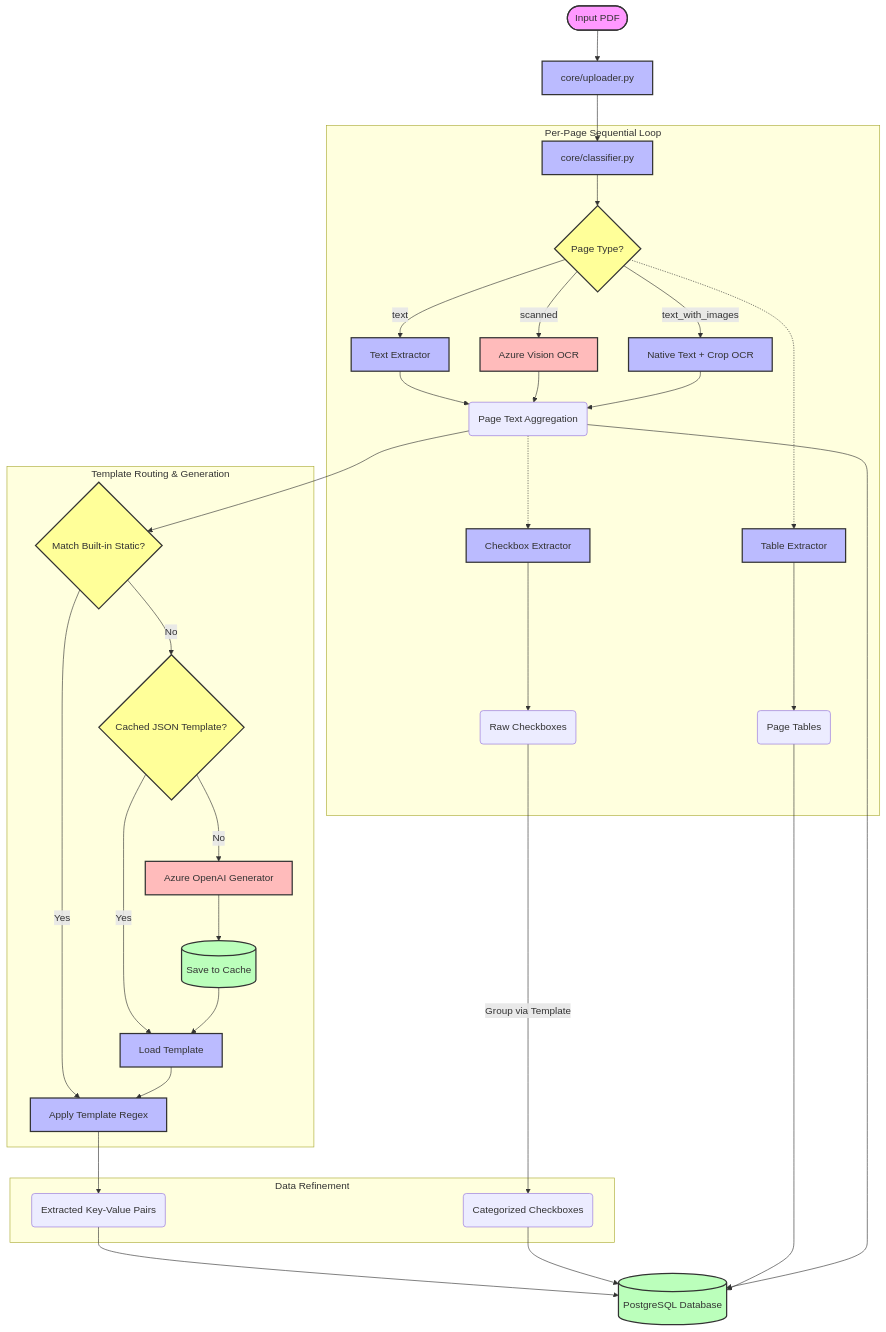
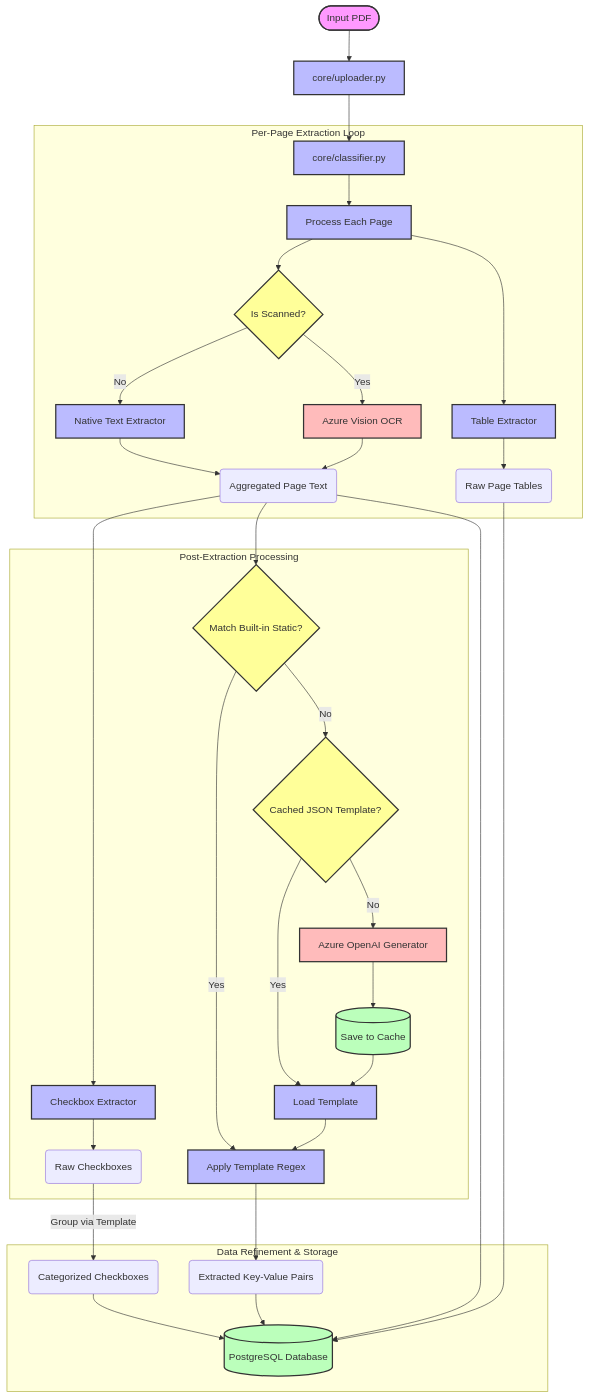
Before and after one commit to neogi5043/Unstra_Ingestor: the first of 2 diagrams in technical_documentation.md, drawn with Mermaid. The commit also changed other lines of this file and 1 other file, not shown here.

Commit message:
technical_doc_v3

````diff
--- a/technical_documentation.md
+++ b/technical_documentation.md
@@ -14,54 +14,53 @@
 ```mermaid
 flowchart TD
     %% Define Styles
     classDef io fill:#f9f,stroke:#333,stroke-width:2px;
     classDef process fill:#bbf,stroke:#333,stroke-width:2px;
     classDef decision fill:#ff9,stroke:#333,stroke-width:2px;
     classDef db fill:#bfb,stroke:#333,stroke-width:2px;
     classDef external fill:#fbb,stroke:#333,stroke-width:2px;
 
     InputPDF([Input PDF]):::io --> Uploader[core/uploader.py]:::process
     Uploader --> Classifier[core/classifier.py]:::process
 
-    subgraph "Per-Page Sequential Loop"
-        Classifier --> PageRouter{Page Type?}:::decision
+    subgraph "Per-Page Extraction Loop"
+        Classifier --> PageLoop[Process Each Page]:::process
         
-        PageRouter -->|text| NativeText[Text Extractor]:::process
-        PageRouter -->|scanned| AzureVision[Azure Vision OCR]:::external
-        PageRouter -->|text_with_images| HybridText[Native Text + Crop OCR]:::process
+        PageLoop --> TextRouter{Is Scanned?}:::decision
+        TextRouter -->|No| NativeText[Native Text Extractor]:::process
+        TextRouter -->|Yes| AzureVision[Azure Vision OCR]:::external
         
-        NativeText --> RawText(Page Text Aggregation)
-        AzureVision --> RawText
-        HybridText --> RawText
+        NativeText --> PageText
+        AzureVision --> PageText(Aggregated Page Text)
         
-        PageRouter -.-> TableExt[Table Extractor]:::process
-        TableExt --> RawTables(Page Tables)
-        
-        RawText -.-> CheckboxExt[Checkbox Extractor]:::process
-        CheckboxExt --> RawCheckboxes(Raw Checkboxes)
+        PageLoop --> TableExt[Table Extractor]:::process
+        TableExt --> RawTables(Raw Page Tables)
     end
 
-    subgraph "Template Routing & Generation"
-        RawText --> TempRouter{Match Built-in Static?}:::decision
+    subgraph "Post-Extraction Processing"
+        PageText --> CheckboxExt[Checkbox Extractor]:::process
+        CheckboxExt --> RawCheckboxes(Raw Checkboxes)
+        
+        PageText --> TempRouter{Match Built-in Static?}:::decision
         TempRouter -->|Yes| ExecTemplate[Apply Template Regex]:::process
         
         TempRouter -->|No| CacheCheck{Cached JSON Template?}:::decision
         CacheCheck -->|Yes| LoadCache[Load Template]:::process
         
         CacheCheck -->|No| LLMGen[Azure OpenAI Generator]:::external
         LLMGen --> SaveCache[(Save to Cache)]:::db
         SaveCache --> LoadCache
         
         LoadCache --> ExecTemplate
     end
 
-    subgraph "Data Refinement"
+    subgraph "Data Refinement & Storage"
         ExecTemplate --> KVPairs(Extracted Key-Value Pairs)
         RawCheckboxes -->|Group via Template| RefinedCheckboxes(Categorized Checkboxes)
+        
+        KVPairs --> DB[(PostgreSQL Database)]:::db
+        RefinedCheckboxes --> DB
+        RawTables --> DB
+        PageText --> DB
     end
-
-    KVPairs --> DB[(PostgreSQL Database)]:::db
-    RefinedCheckboxes --> DB
-    RawTables --> DB
-    RawText --> DB
 ```
````
